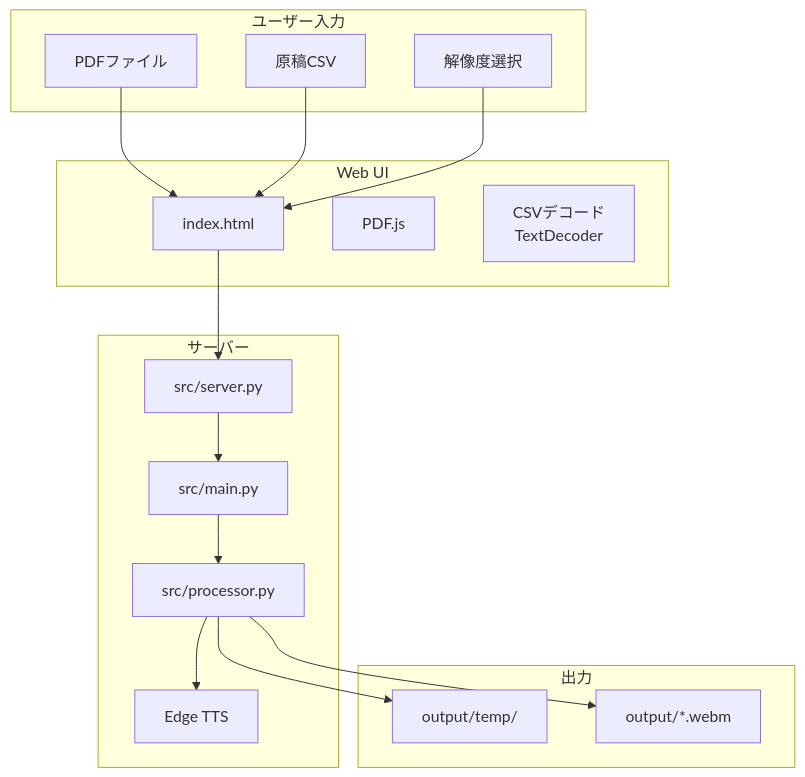
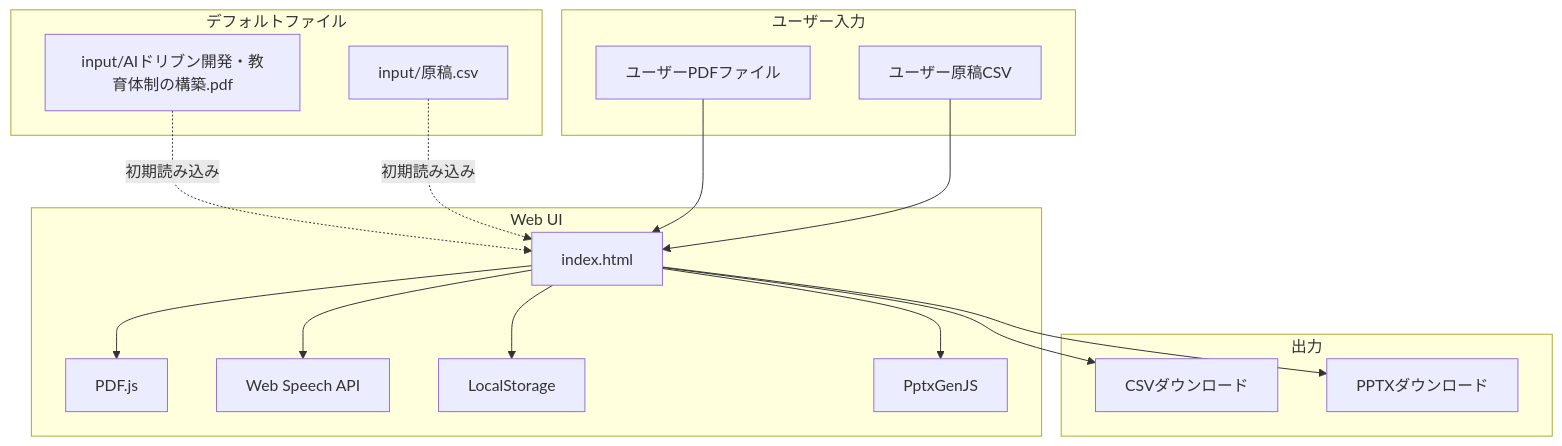
One commit to J1921604/Slide-Voice-Maker_standalone changed the second of 3 diagrams in specs/001-Slide-Voice-Maker/spec.md. Above: the diagram before and after it, drawn with Mermaid. The commit also changed other lines of this file and 29 other files, not shown here.

````diff
--- a/specs/001-Slide-Voice-Maker/spec.md
+++ b/specs/001-Slide-Voice-Maker/spec.md
@@ -72,36 +44,36 @@
 ```mermaid
 flowchart TB
-    subgraph ユーザー入力
-        PDF[PDFファイル]
-        CSV[原稿CSV]
-        RES[解像度選択]
-    end
-
-    subgraph サーバー
-        SERVER[src/server.py]
-        MAIN[src/main.py]
-        PROC[src/processor.py]
-        TTS[Edge TTS]
+    subgraph デフォルトファイル
+        DEFPDF[input/AIドリブン開発・教育体制の構築.pdf]
+        DEFCSV[input/原稿.csv]
     end
 
     subgraph Web UI
         HTML[index.html]
         PDFJS[PDF.js]
-        CSVDEC[CSVデコード<br/>TextDecoder]
+        WEBSPEECH[Web Speech API]
+        LOCALSTORAGE[LocalStorage]
+        PPTXGEN[PptxGenJS]
+    end
+
+    subgraph ユーザー入力
+        USERPDF[ユーザーPDFファイル]
+        USERCSV[ユーザー原稿CSV]
     end
 
     subgraph 出力
-        TEMP[output/temp/]
-        WEBM[output/*.webm]
+        CSVOUT[CSVダウンロード]
+        PPTXOUT[PPTXダウンロード]
     end
 
-    PDF --> HTML
-    CSV --> HTML
-    RES --> HTML
-    HTML --> SERVER
-    SERVER --> MAIN
-    MAIN --> PROC
-    PROC --> TTS
-    PROC --> TEMP
-    PROC --> WEBM
+    DEFPDF -.初期読み込み.-> HTML
+    DEFCSV -.初期読み込み.-> HTML
+    USERPDF --> HTML
+    USERCSV --> HTML
+    HTML --> PDFJS
+    HTML --> WEBSPEECH
+    HTML --> LOCALSTORAGE
+    HTML --> PPTXGEN
+    HTML --> CSVOUT
+    HTML --> PPTXOUT
 ```
````
